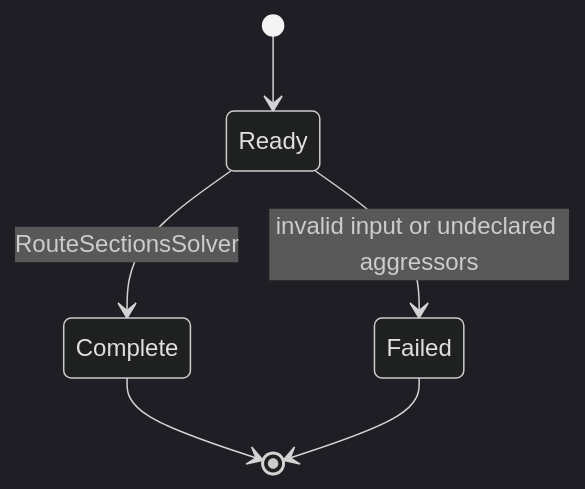
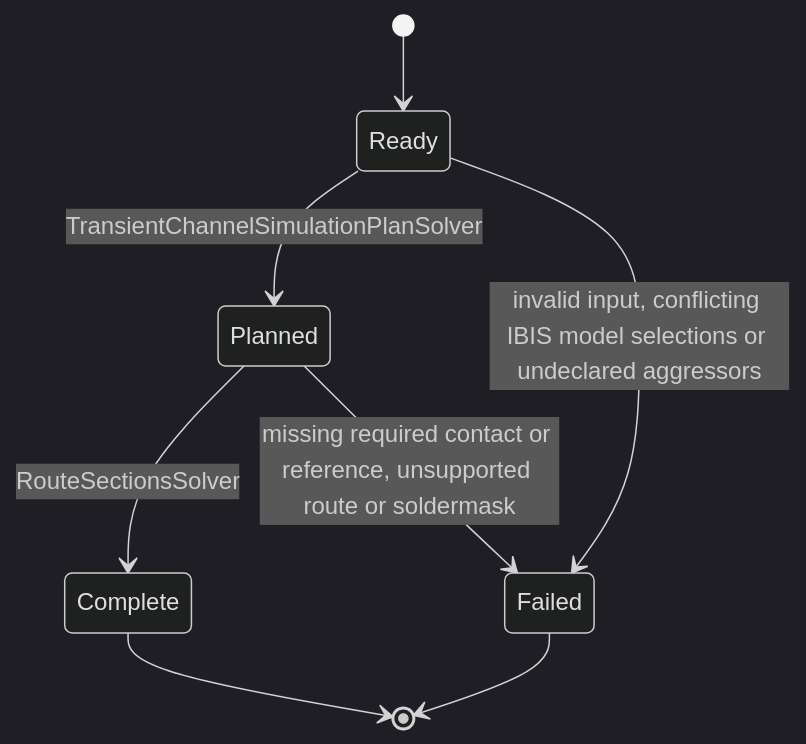
Before and after one commit to draarivpatel-ui/signal-integrity-pipeline: the second of 2 diagrams in README.md, drawn with Mermaid (dark theme). The commit also changed other lines of this file and 44 other files, not shown here.

````diff
--- a/README.md
+++ b/README.md
@@ -37,8 +37,10 @@
 ```mermaid
 stateDiagram-v2
   [*] --> Ready
-  Ready --> Complete: RouteSectionsSolver
-  Ready --> Failed: invalid input or undeclared aggressors
+  Ready --> Planned: TransientChannelSimulationPlanSolver
+  Planned --> Complete: RouteSectionsSolver
+  Planned --> Failed: missing required contact or reference, unsupported route or soldermask
+  Ready --> Failed: invalid input, conflicting IBIS model selections or undeclared aggressors
   Complete --> [*]
   Failed --> [*]
 ```
````
